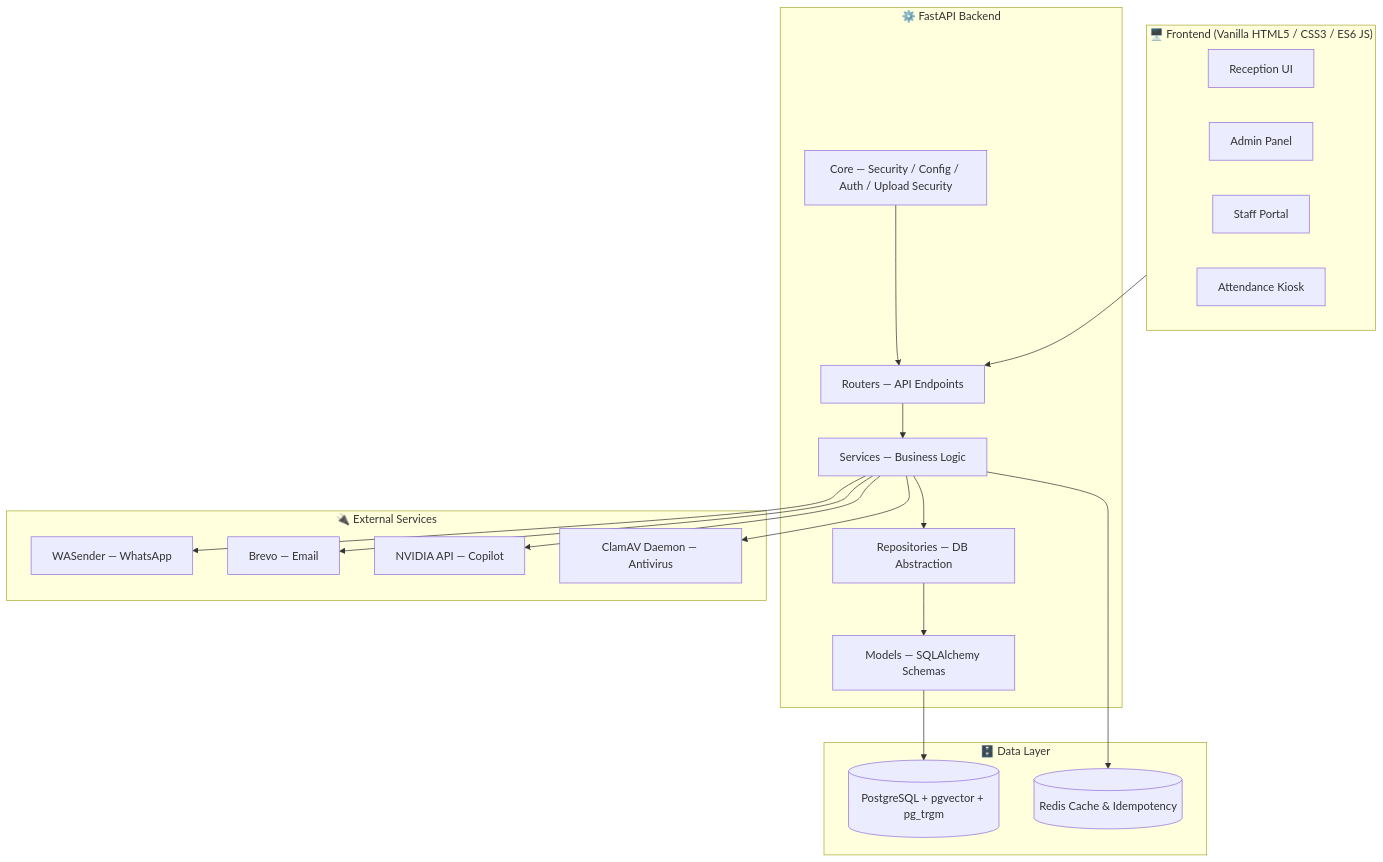
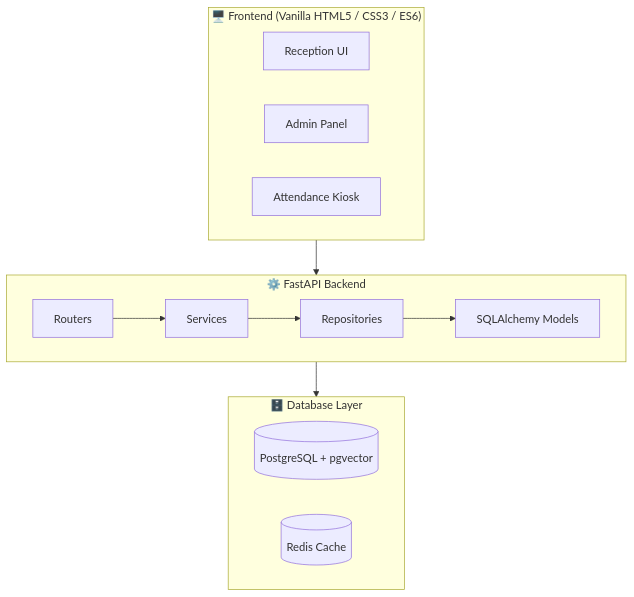
The diagram in README.md (Kunal9608/Akriti), drawn with Mermaid before and after one commit. The commit also changed other lines of this file and 9 other files, not shown here.

````diff
--- a/README.md
+++ b/README.md
@@ -98,37 +62,19 @@
 ```mermaid
 flowchart TB
-    subgraph Frontend["🖥️ Frontend (Vanilla HTML5 / CSS3 / ES6 JS)"]
+    subgraph Frontend["🖥️ Frontend (Vanilla HTML5 / CSS3 / ES6)"]
         R[Reception UI]
         A[Admin Panel]
-        S[Staff Portal]
         K[Attendance Kiosk]
     end
 
     subgraph Backend["⚙️ FastAPI Backend"]
-        RT[Routers — API Endpoints]
-        SV[Services — Business Logic]
-        RP[Repositories — DB Abstraction]
-        MD[Models — SQLAlchemy Schemas]
-        CR[Core — Security / Config / Auth / Upload Security]
+        RT[Routers] --> SV[Services] --> RP[Repositories] --> MD[SQLAlchemy Models]
     end
 
-    subgraph Data["🗄️ Data Layer"]
-        PG[(PostgreSQL + pgvector + pg_trgm)]
-        RD[(Redis Cache & Idempotency)]
+    subgraph Data["🗄️ Database Layer"]
+        PG[(PostgreSQL + pgvector)]
+        RD[(Redis Cache)]
     end
 
-    subgraph External["🔌 External Services"]
-        WA[WASender — WhatsApp]
-        BR[Brevo — Email]
-        AI[NVIDIA API — Copilot]
-        CL[ClamAV Daemon — Antivirus]
-    end
-
-    Frontend --> RT --> SV --> RP --> MD --> PG
-    SV --> RD
-    SV --> WA
-    SV --> BR
-    SV --> AI
-    SV --> CL
-    CR --> RT
+    Frontend --> Backend --> Data
 ```
````
